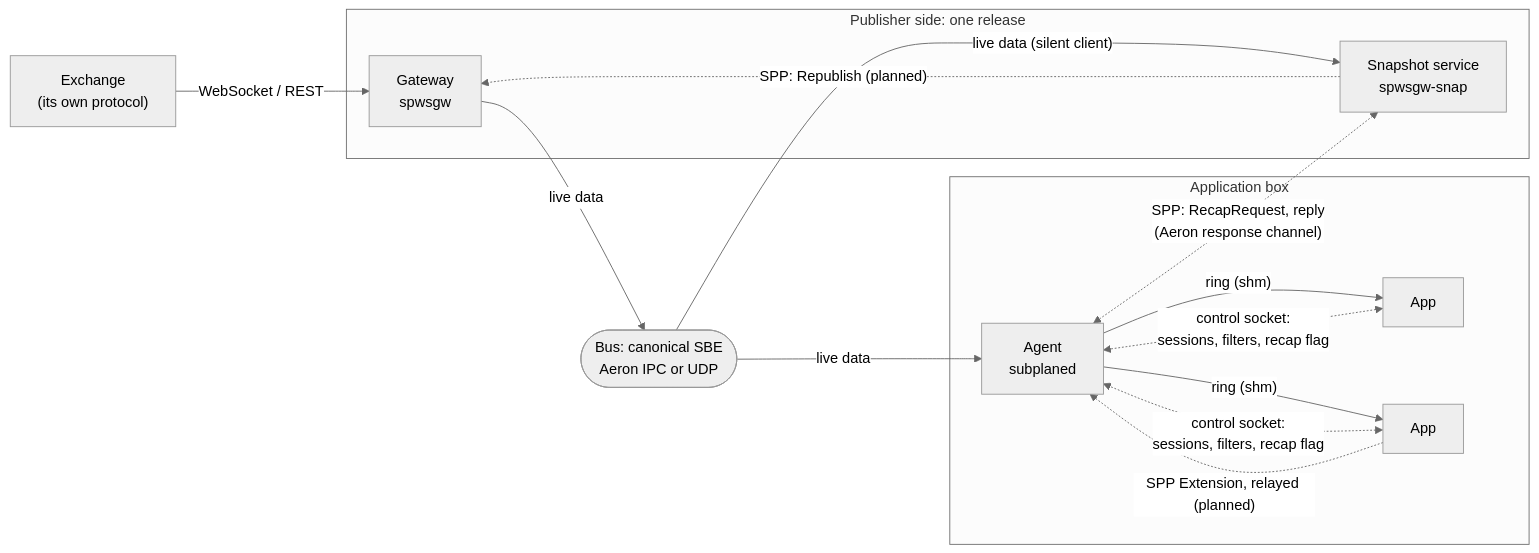
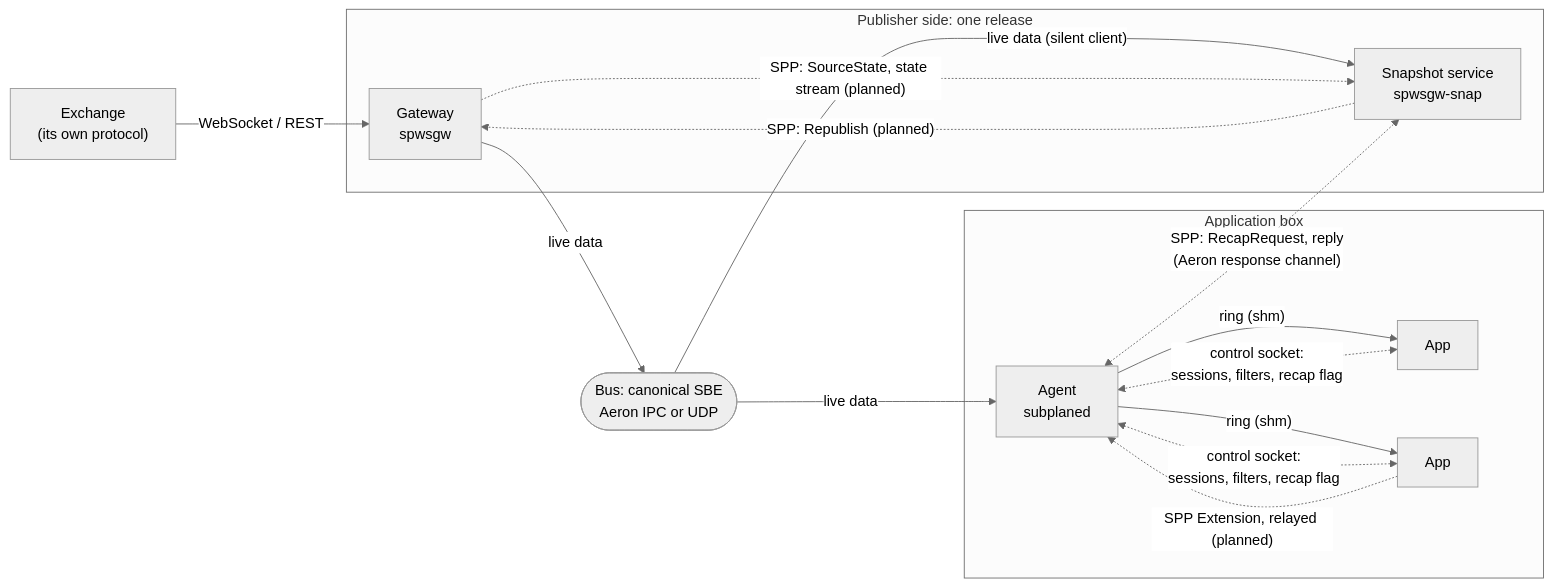
Before and after one commit to CognitoHQ/subplane: the first of 2 diagrams in docs/protocol/developer-guide.md, drawn with Mermaid (neutral theme). The commit also changed other lines of this file and 6 other files, not shown here.

First line of the commit message:
SPP SourceState: recovery state on the publisher's own stream

````diff
--- a/docs/protocol/developer-guide.md
+++ b/docs/protocol/developer-guide.md
@@ -11,23 +11,24 @@
 ```mermaid
 flowchart LR
     EX["Exchange<br/>(its own protocol)"]
     subgraph PUB["Publisher side: one release"]
         GW["Gateway<br/>spwsgw"]
         SNAP["Snapshot service<br/>spwsgw-snap"]
     end
     BUS(["Bus: canonical SBE<br/>Aeron IPC or UDP"])
     subgraph BOX["Application box"]
         AG["Agent<br/>subplaned"]
         APP1["App"]
         APP2["App"]
     end
     EX -- "WebSocket / REST" --> GW
     GW -- "live data" --> BUS
     BUS -- "live data" --> AG
     BUS -- "live data (silent client)" --> SNAP
     AG -- "ring (shm)" --> APP1 & APP2
     APP1 & APP2 <-. "control socket:<br/>sessions, filters, recap flag" .-> AG
     AG <-. "SPP: RecapRequest, reply<br/>(Aeron response channel)" .-> SNAP
     SNAP -. "SPP: Republish (planned)" .-> GW
+    GW -. "SPP: SourceState, state stream (planned)" .-> SNAP
     APP2 -. "SPP Extension, relayed (planned)" .-> AG
 ```
````
